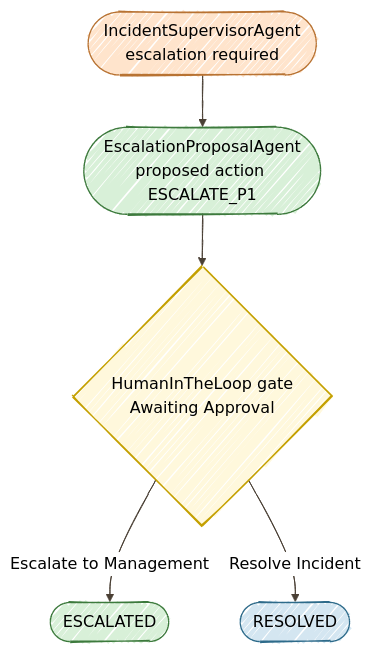
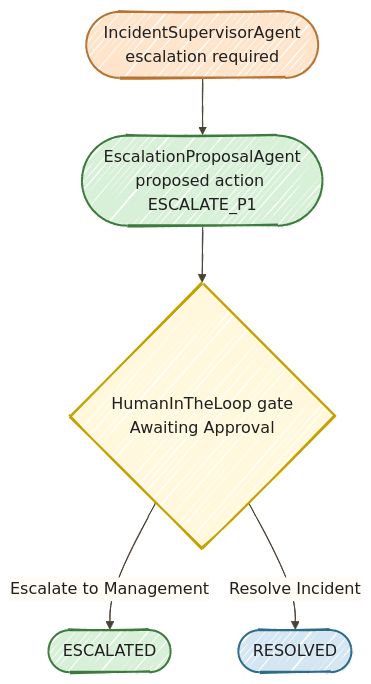
The diagram in docs/06-hitl-observability/START_HERE.md (danieloh30/techxchange-2026-quarkus-bob-lab), drawn with Mermaid before and after one commit. The commit also changed 7 other files, not shown here.

Commit message:
Improve hand-drawn Mermaid readability in light and dark modes

````diff
--- a/docs/06-hitl-observability/START_HERE.md
+++ b/docs/06-hitl-observability/START_HERE.md
@@ -25,19 +25,19 @@
 ```mermaid
-%%{init: {'look':'handDrawn','theme':'neutral','themeVariables': {'lineColor':'#4A4035'}}}%%
+%%{init: {'look':'handDrawn','theme':'base','themeVariables': {'darkMode':false,'background':'#FFFCF5','primaryTextColor':'#1F1F1F','secondaryTextColor':'#1F1F1F','tertiaryTextColor':'#1F1F1F','textColor':'#1F1F1F','lineColor':'#4A4035','edgeLabelBackground':'#FFFCF5','clusterBkg':'#F5F5F0','clusterBorder':'#6B5B45','fontSize':'16px'},'flowchart': {'nodeSpacing':35,'rankSpacing':55,'padding':18}}}%%
 flowchart TD
     ISA(["IncidentSupervisorAgent<br/>escalation required"])
     EPA(["EscalationProposalAgent<br/>proposed action ESCALATE_P1"])
     HITL{"HumanInTheLoop gate<br/>Awaiting Approval"}
     ESC([ESCALATED])
     RES([RESOLVED])
 
     ISA --> EPA --> HITL
     HITL -->|Escalate to Management| ESC
     HITL -->|Resolve Incident| RES
 
-    style ISA fill:#FFE4CC,stroke:#B87333
-    style EPA fill:#D8F0D8,stroke:#3D7A3D
-    style HITL fill:#FFF8DC,stroke:#C4A000
-    style ESC fill:#D8F0D8,stroke:#3D7A3D
-    style RES fill:#D4E6F1,stroke:#2E6B8A
+    style ISA fill:#FFE4CC,stroke:#B87333,color:#1F1F1F,stroke-width:2px
+    style EPA fill:#D8F0D8,stroke:#3D7A3D,color:#1F1F1F,stroke-width:2px
+    style HITL fill:#FFF8DC,stroke:#C4A000,color:#1F1F1F,stroke-width:2px
+    style ESC fill:#D8F0D8,stroke:#3D7A3D,color:#1F1F1F,stroke-width:2px
+    style RES fill:#D4E6F1,stroke:#2E6B8A,color:#1F1F1F,stroke-width:2px
 ```
````
